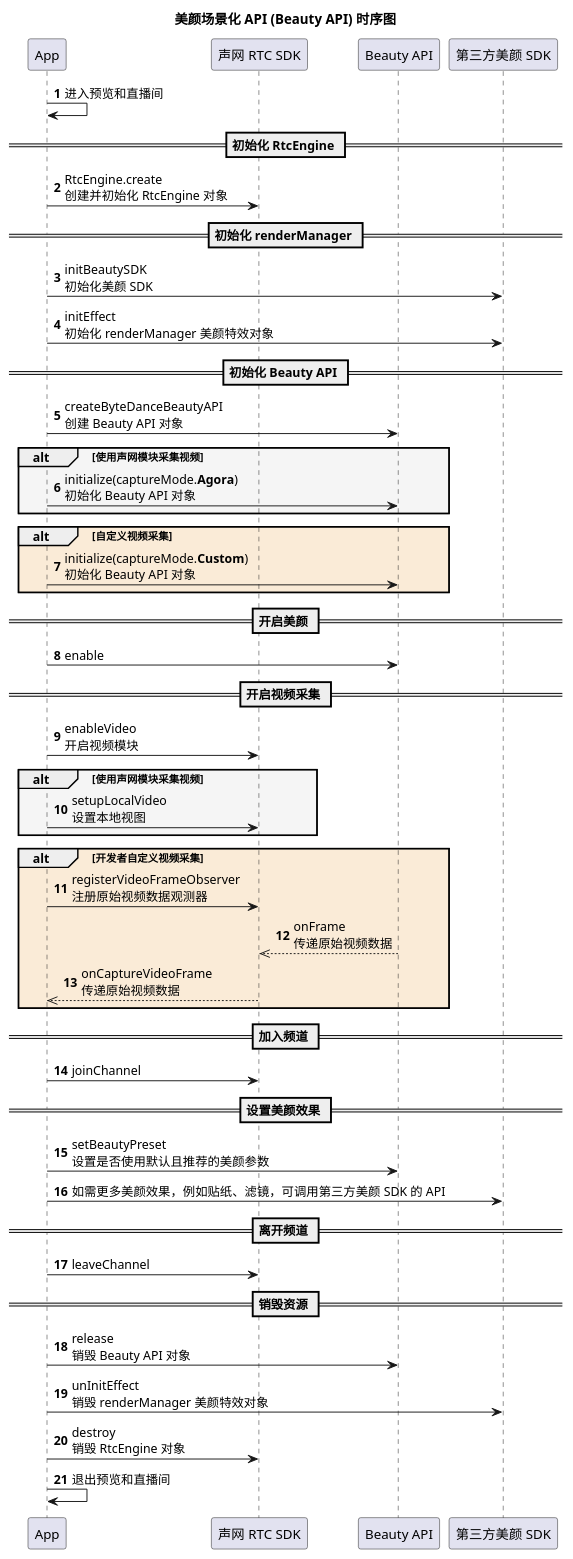
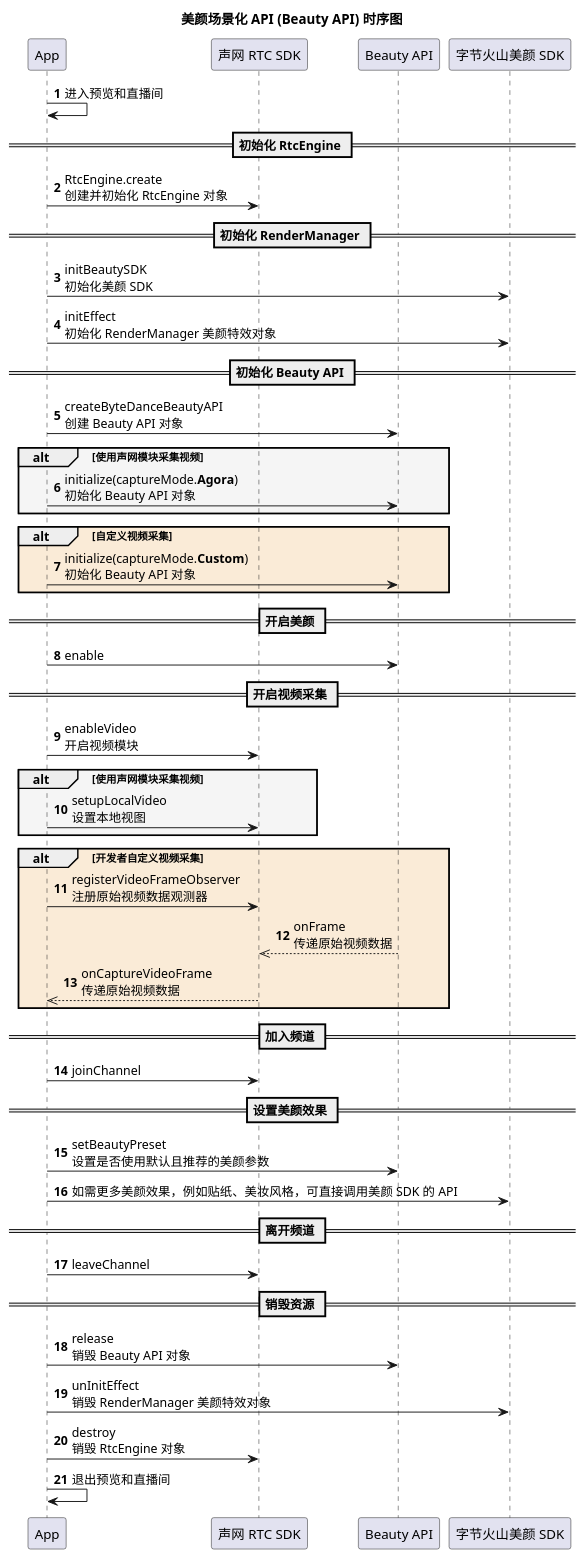
Before and after one commit to AgoraIO/agora_doc_source: the diagram in markdown/beauty/字节Android时序图.wsd, drawn with PlantUML. The commit also changed 2 other files, not shown here.

Commit message:
[beauty] wip

```diff
--- a/markdown/beauty/字节Android时序图.wsd
+++ b/markdown/beauty/字节Android时序图.wsd
@@ -1,46 +1,46 @@
 @startuml
 autonumber
 title 美颜场景化 API (Beauty API) 时序图
 participant "App" as app
 participant "声网 RTC SDK" as rtc
 participant "Beauty API" as api
-participant "第三方美颜 SDK" as beauty
+participant "字节火山美颜 SDK" as beauty
 app -> app: 进入预览和直播间
 == 初始化 RtcEngine ==
 app -> rtc: RtcEngine.create \n创建并初始化 RtcEngine 对象
-== 初始化 renderManager ==
+== 初始化 RenderManager ==
 app -> beauty: initBeautySDK \n初始化美颜 SDK
-app -> beauty: initEffect \n初始化 renderManager 美颜特效对象
+app -> beauty: initEffect \n初始化 RenderManager 美颜特效对象
 == 初始化 Beauty API ==
 app -> api: createByteDanceBeautyAPI \n创建 Beauty API 对象
 alt #WhiteSmoke 使用声网模块采集视频
 app -> api: initialize(captureMode.**Agora**) \n初始化 Beauty API 对象
 end
 alt #AntiqueWhite 自定义视频采集
 app -> api: initialize(captureMode.**Custom**) \n初始化 Beauty API 对象
 end
 == 开启美颜 ==
 app -> api: enable
 == 开启视频采集 ==
 app -> rtc: enableVideo \n开启视频模块
 alt #WhiteSmoke 使用声网模块采集视频
 app -> rtc: setupLocalVideo \n设置本地视图
 end
 alt #AntiqueWhite 开发者自定义视频采集
 app -> rtc: registerVideoFrameObserver \n注册原始视频数据观测器
 api -->> rtc: onFrame \n传递原始视频数据
 rtc -->> app: onCaptureVideoFrame \n传递原始视频数据
 end
 == 加入频道 ==
 app -> rtc: joinChannel
 == 设置美颜效果 ==
 app -> api: setBeautyPreset \n设置是否使用默认且推荐的美颜参数
-app -> beauty: 如需更多美颜效果，例如贴纸、滤镜，可调用第三方美颜 SDK 的 API
+app -> beauty: 如需更多美颜效果，例如贴纸、美妆风格，可直接调用美颜 SDK 的 API
 == 离开频道 ==
 app -> rtc: leaveChannel
 == 销毁资源 ==
 app -> api: release \n销毁 Beauty API 对象
-app -> beauty: unInitEffect \n销毁 renderManager 美颜特效对象
+app -> beauty: unInitEffect \n销毁 RenderManager 美颜特效对象
 app -> rtc: destroy \n销毁 RtcEngine 对象
 app -> app: 退出预览和直播间
 @enduml
```
